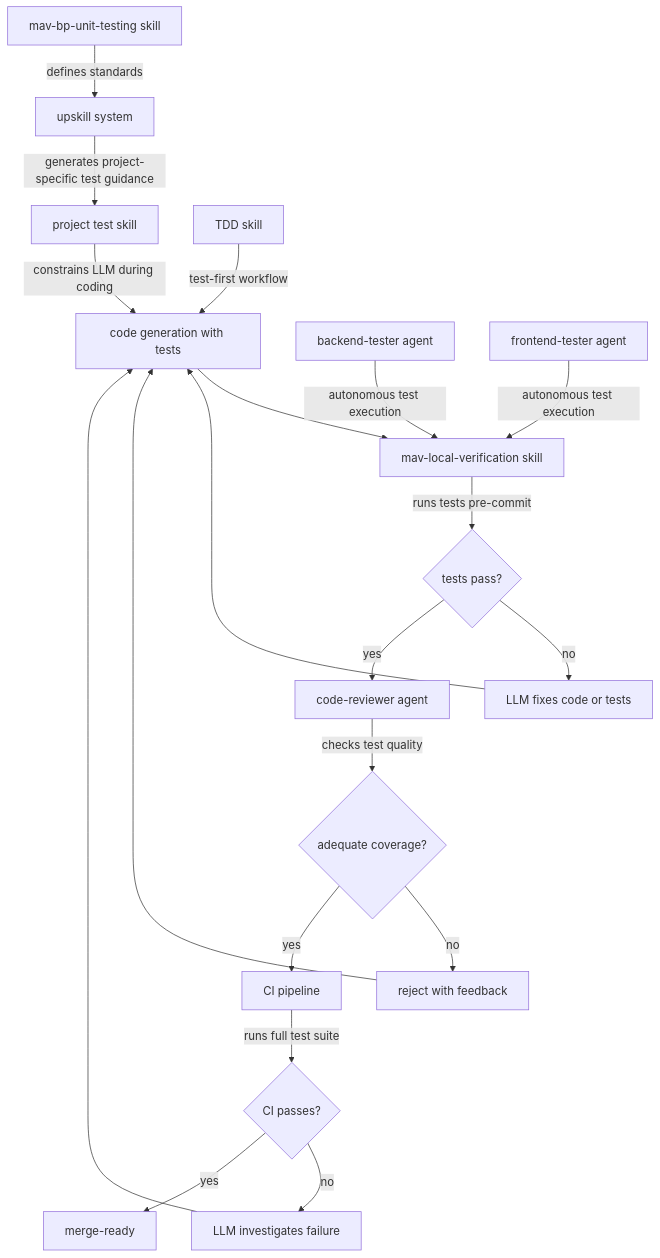
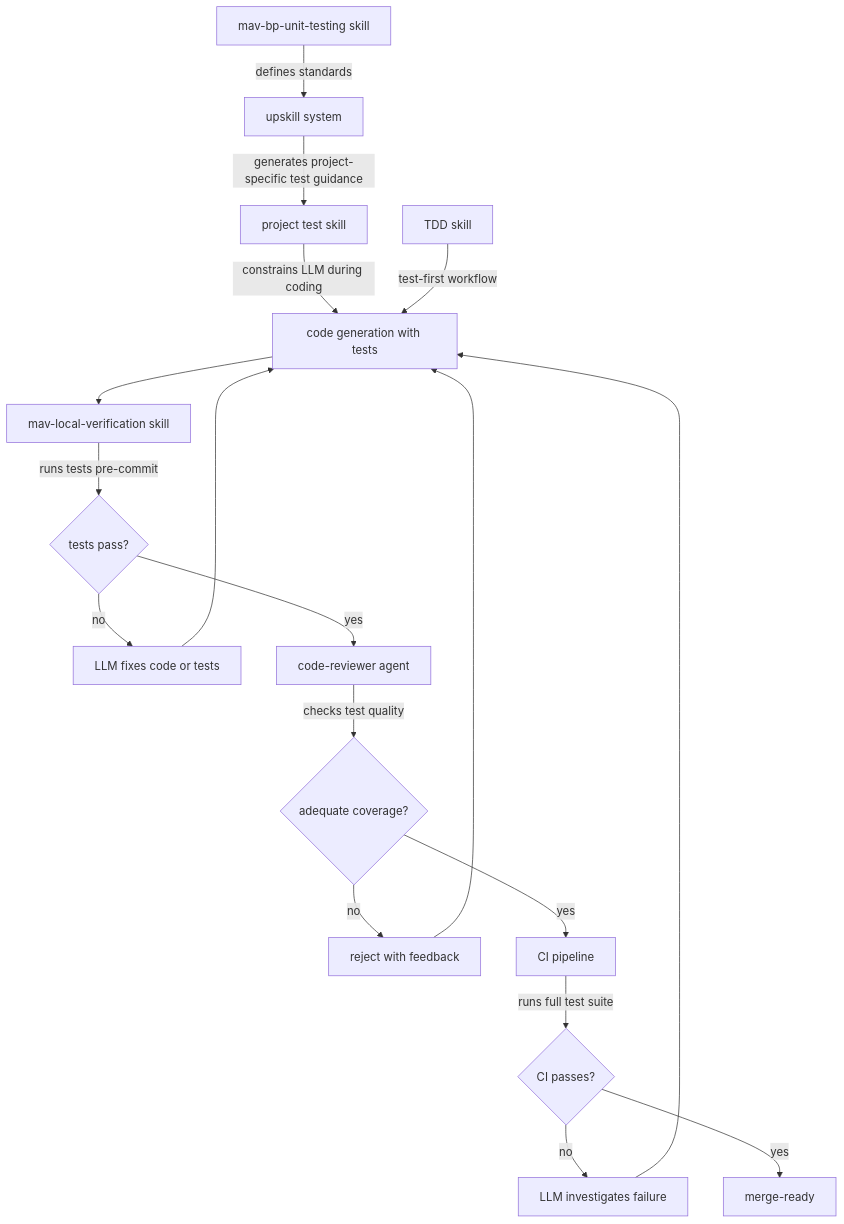
The first of 2 diagrams in docs/comprehensive-testing.md (thermiteau/maverick), drawn with Mermaid before and after one commit. The commit also changed other lines of this file and 67 other files, not shown here.

````diff
--- a/docs/comprehensive-testing.md
+++ b/docs/comprehensive-testing.md
@@ -55,25 +55,22 @@
 ```mermaid
 flowchart TD
     A[mav-bp-unit-testing skill] -->|defines standards| B[upskill system]
     B -->|generates project-specific test guidance| C[project test skill]
     C -->|constrains LLM during coding| D[code generation with tests]
 
     E[TDD skill] -->|test-first workflow| D
 
     D --> F[mav-local-verification skill]
     F -->|runs tests pre-commit| G{tests pass?}
     G -->|no| H[LLM fixes code or tests]
     H --> D
     G -->|yes| I[code-reviewer agent]
     I -->|checks test quality| J{adequate coverage?}
     J -->|no| K[reject with feedback]
     K --> D
     J -->|yes| L[CI pipeline]
     L -->|runs full test suite| M{CI passes?}
     M -->|no| N[LLM investigates failure]
     N --> D
     M -->|yes| O[merge-ready]
-
-    P[backend-tester agent] -->|autonomous test execution| F
-    Q[frontend-tester agent] -->|autonomous test execution| F
 ```
````
